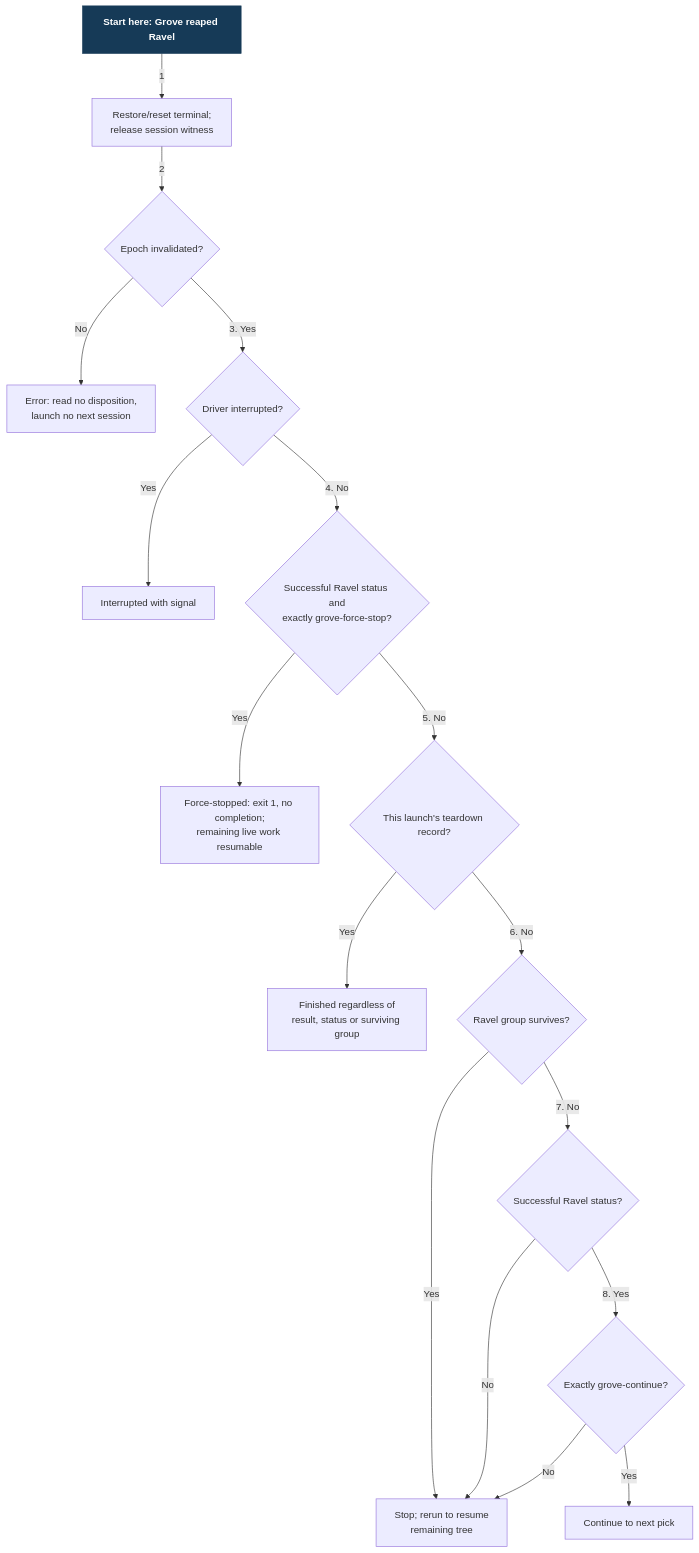
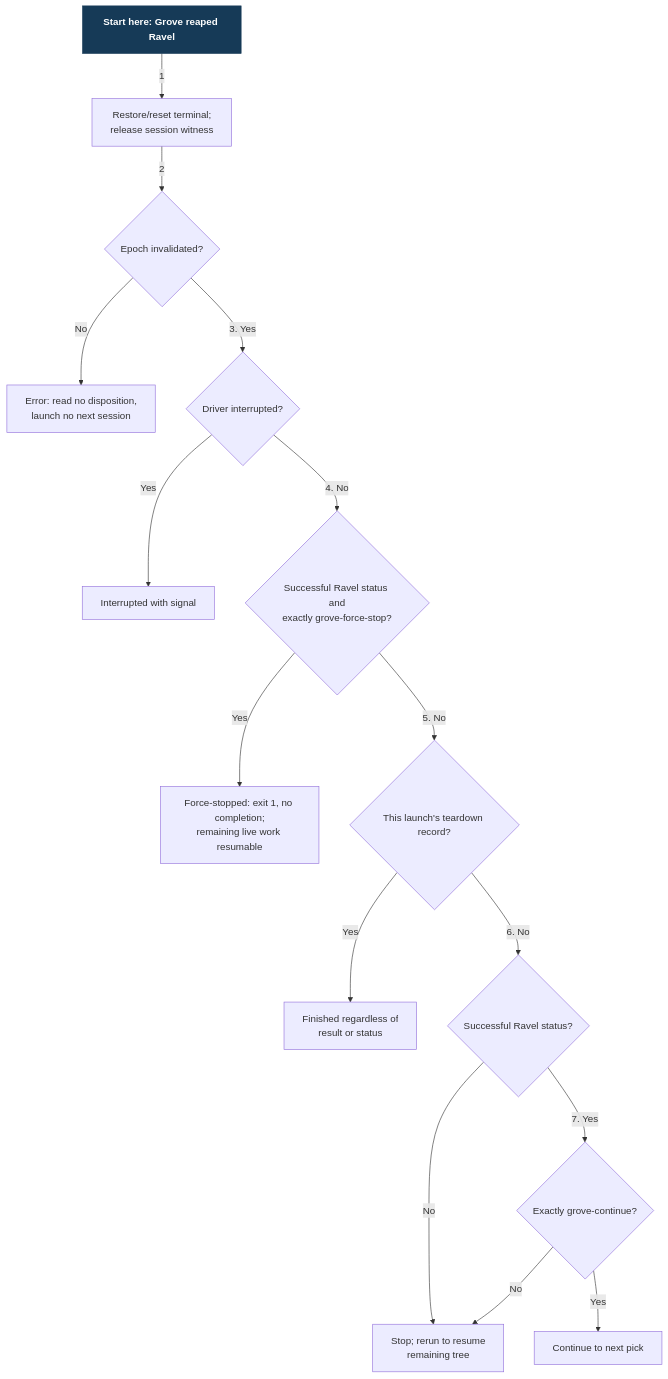
The diagram in docs/design/harness-selection-and-execution/loop-decision.mmd (Linkuistics/grove), drawn with Mermaid before and after one commit. The commit also changed 14 other files, not shown here.

```diff
--- a/docs/design/harness-selection-and-execution/loop-decision.mmd
+++ b/docs/design/harness-selection-and-execution/loop-decision.mmd
@@ -1,39 +1,36 @@
 flowchart TB
   Start["Start here: Grove reaped Ravel"]:::start
   Restore["Restore/reset terminal;
 release session witness"]
   Epoch{"Epoch invalidated?"}
   Fatal["Error: read no disposition,
 launch no next session"]
   Interrupt{"Driver interrupted?"}
   Interrupted["Interrupted with signal"]
   ForceStop{"Successful Ravel status and
 exactly grove-force-stop?"}
   ForceStopped["Force-stopped: exit 1, no completion;
 remaining live work resumable"]
   Teardown{"This launch's teardown record?"}
   Finished["Finished regardless of
-result, status or surviving group"]
-  Group{"Ravel group survives?"}
+result or status"]
   Status{"Successful Ravel status?"}
   Result{"Exactly grove-continue?"}
   Continue["Continue to next pick"]
   Stop["Stop; rerun to resume
 remaining tree"]
   Start -->|"1"| Restore
   Restore -->|"2"| Epoch
   Epoch -->|"No"| Fatal
   Epoch -->|"3. Yes"| Interrupt
   Interrupt -->|"Yes"| Interrupted
   Interrupt -->|"4. No"| ForceStop
   ForceStop -->|"Yes"| ForceStopped
   ForceStop -->|"5. No"| Teardown
   Teardown -->|"Yes"| Finished
-  Teardown -->|"6. No"| Group
-  Group -->|"Yes"| Stop
-  Group -->|"7. No"| Status
+  Teardown -->|"6. No"| Status
   Status -->|"No"| Stop
-  Status -->|"8. Yes"| Result
+  Status -->|"7. Yes"| Result
   Result -->|"Yes"| Continue
   Result -->|"No"| Stop
   classDef start fill:#163a57,color:#fff,stroke:#163a57,font-weight:bold
```
